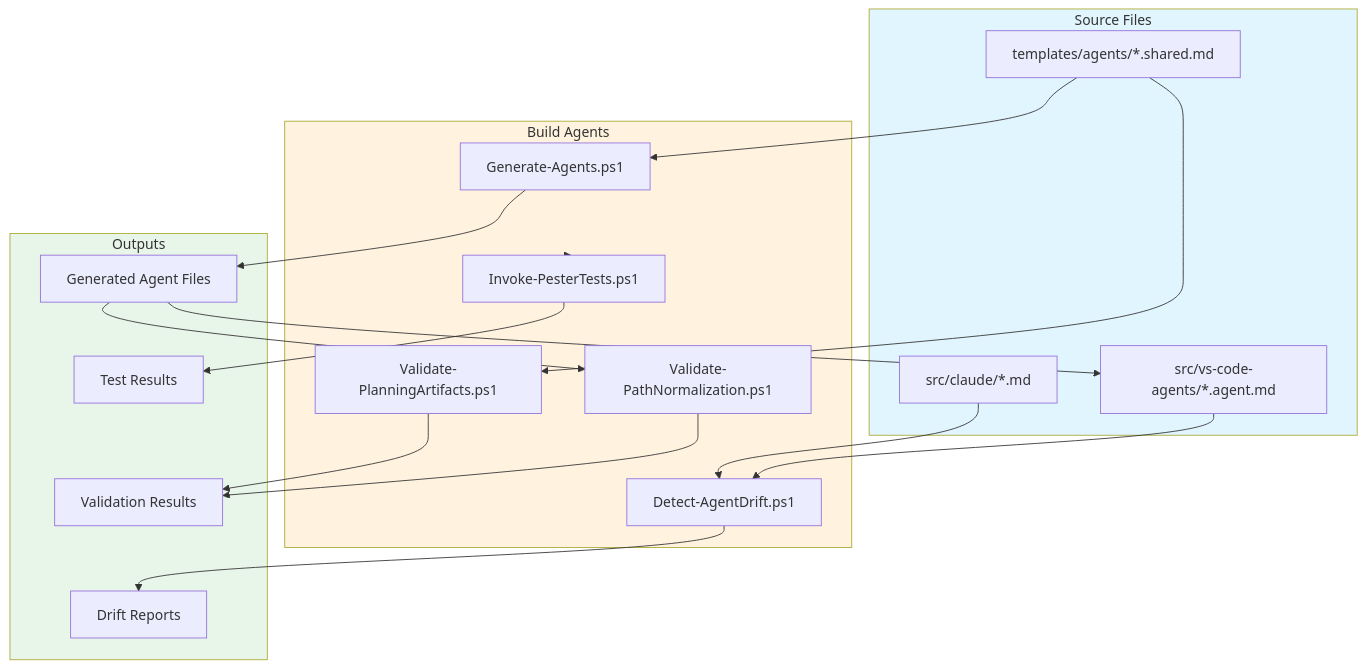
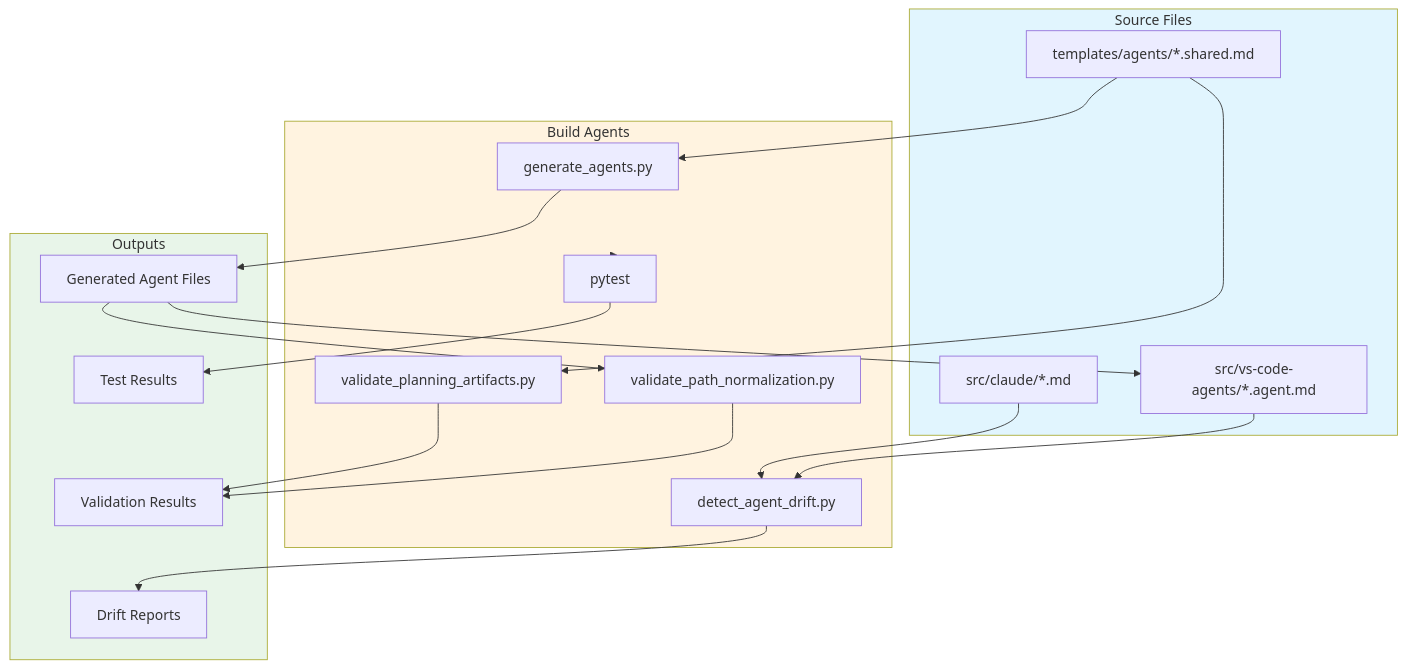
Before and after one commit to rjmurillo/ai-agents: the first of 2 diagrams in build/AGENTS.md, drawn with Mermaid. The commit also changed other lines of this file and 15 other files, not shown here.

````diff
--- a/build/AGENTS.md
+++ b/build/AGENTS.md
@@ -11,44 +11,44 @@
 ```mermaid
 flowchart TD
     subgraph Sources["Source Files"]
         T[templates/agents/*.shared.md]
         C[src/claude/*.md]
         V[src/vs-code-agents/*.agent.md]
     end
 
     subgraph Build["Build Agents"]
-        GEN[Generate-Agents.ps1]
-        DFT[Detect-AgentDrift.ps1]
-        VPA[Validate-PlanningArtifacts.ps1]
-        VPN[Validate-PathNormalization.ps1]
-        IPT[Invoke-PesterTests.ps1]
+        GEN[generate_agents.py]
+        DFT[detect_agent_drift.py]
+        VPA[validate_planning_artifacts.py]
+        VPN[validate_path_normalization.py]
+        IPT[pytest]
     end
 
     subgraph Outputs["Outputs"]
         OUT[Generated Agent Files]
         REP[Drift Reports]
         VAL[Validation Results]
         TST[Test Results]
     end
 
     T --> GEN
     GEN --> OUT
     OUT --> V
 
     C --> DFT
     V --> DFT
     DFT --> REP
 
     T --> VPA
     VPA --> VAL
 
     OUT --> VPN
     VPN --> VAL
 
     Build --> IPT
     IPT --> TST
 
     style Sources fill:#e1f5fe
     style Build fill:#fff3e0
     style Outputs fill:#e8f5e9
 ```
````
